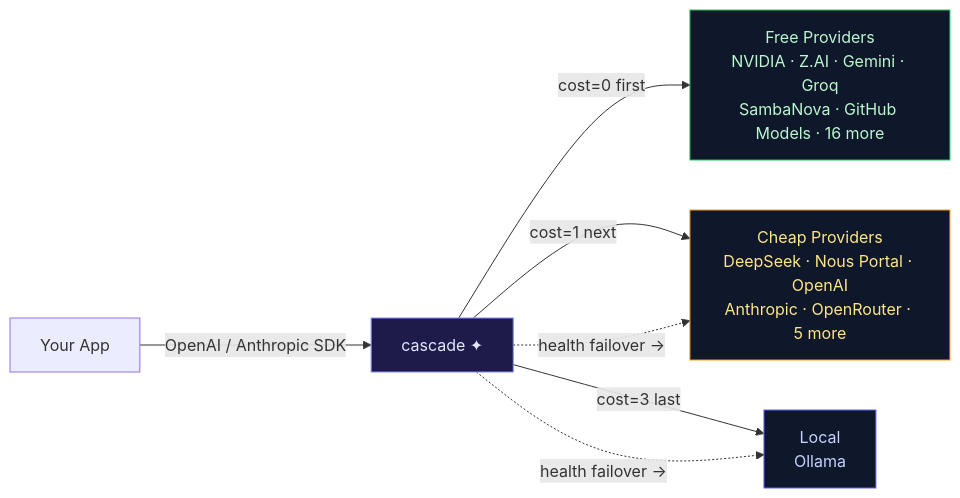
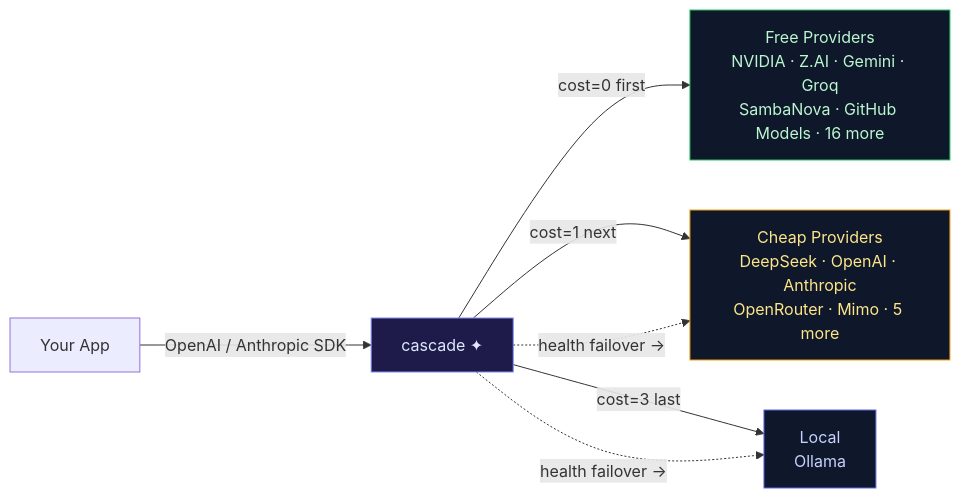
Before and after one commit to chrisluersen/cascade: the diagram in README.md, drawn with Mermaid. The commit also changed other lines of this file, not shown here.

First line of the commit message:
docs: drop removed nous_portal + aihubmix from README

````diff
--- a/README.md
+++ b/README.md
@@ -20,18 +20,18 @@
 ```mermaid
 flowchart LR
     App[Your App]
     C[cascade ✦]
     F[Free Providers<br/>NVIDIA · Z.AI · Gemini · Groq<br/>SambaNova · GitHub Models · 16 more]
-    P[Cheap Providers<br/>DeepSeek · Nous Portal · OpenAI<br/>Anthropic · OpenRouter · 5 more]
+    P[Cheap Providers<br/>DeepSeek · OpenAI · Anthropic<br/>OpenRouter · Mimo · 5 more]
     L[Local<br/>Ollama]
     App -->|"OpenAI / Anthropic SDK"| C
     C -->|"cost=0 first"| F
     C -->|"cost=1 next"| P
     C -->|"cost=3 last"| L
     C -. "health failover →" .-> P
     C -. "health failover →" .-> L
     style C fill:#1e1b4b,stroke:#818cf8,color:#e0e7ff
     style F fill:#0f172a,stroke:#22c55e,color:#bbf7d0
     style P fill:#0f172a,stroke:#f59e0b,color:#fde68a
     style L fill:#0f172a,stroke:#6366f1,color:#c7d2fe
 ```
````
